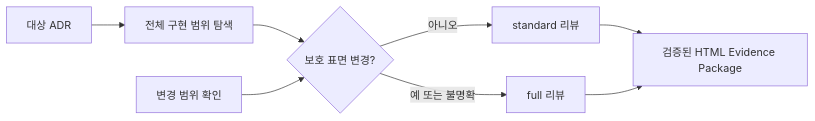
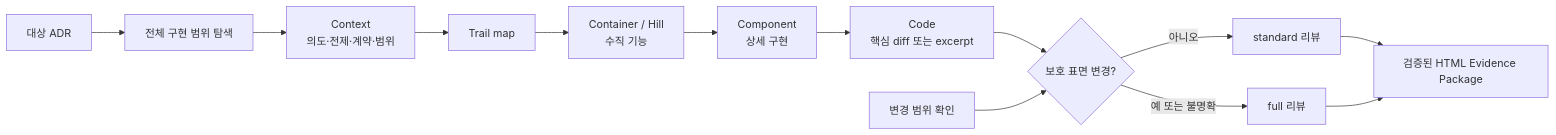
The diagram in docs/adr/adr-cycle/implementation-review/0001-validated-low-risk-refactoring.md (haandol/alps-writer-plugins), drawn with Mermaid before and after one commit. The commit also changed other lines of this file and 56 other files, not shown here.

````diff
--- a/docs/adr/adr-cycle/implementation-review/0001-validated-low-risk-refactoring.md
+++ b/docs/adr/adr-cycle/implementation-review/0001-validated-low-risk-refactoring.md
@@ -124,17 +159,22 @@
 ```mermaid
 flowchart LR
     ADR[대상 ADR]
     Scope[전체 구현 범위 탐색]
     Change[변경 범위 확인]
+    Context[Context<br/>의도·전제·계약·범위]
+    Map[Trail map]
+    Containers[Container / Hill<br/>수직 기능]
+    Components[Component<br/>상세 구현]
+    Code[Code<br/>핵심 diff 또는 excerpt]
     Risk{보호 표면 변경?}
     Standard[standard 리뷰]
     Full[full 리뷰]
     Evidence[검증된 HTML Evidence Package]
 
-    ADR --> Scope --> Risk
+    ADR --> Scope --> Context --> Map --> Containers --> Components --> Code --> Risk
     Change --> Risk
     Risk -->|아니오| Standard
     Risk -->|예 또는 불명확| Full
     Standard --> Evidence
     Full --> Evidence
 ```
````
